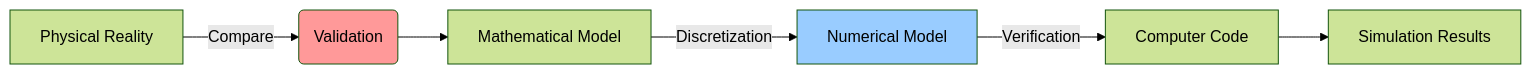
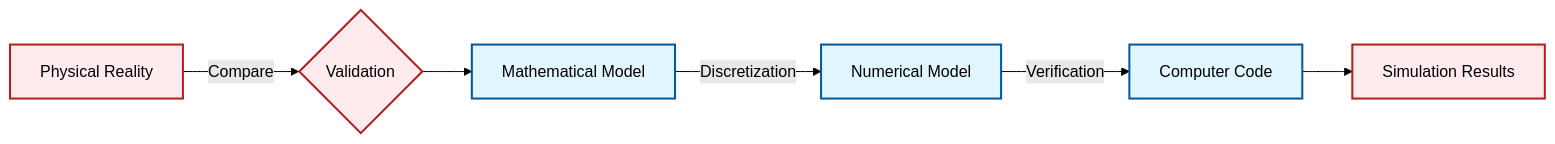
The diagram in MODULE_08_TESTING_VALIDATION/CONTENT/01_VERIFICATION_FUNDAMENTALS/00_Overview.md (wramet/build-my-cfd), drawn with Mermaid (forest theme) before and after one commit. The commit also changed 313 other files, not shown here.

Commit message:
Revise all diagram

````diff
--- a/MODULE_08_TESTING_VALIDATION/CONTENT/01_VERIFICATION_FUNDAMENTALS/00_Overview.md
+++ b/MODULE_08_TESTING_VALIDATION/CONTENT/01_VERIFICATION_FUNDAMENTALS/00_Overview.md
@@ -29,11 +29,10 @@
 ```mermaid
-graph LR
-    A[Physical Reality] -->|Compare| B(Validation)
-    B --> C[Mathematical Model]
-    C -->|Discretization| D[Numerical Model]
-    D -->|Verification| E[Computer Code]
-    E --> F[Simulation Results]
-
-    style B fill:#ff9999
-    style D fill:#99ccff
+flowchart LR
+classDef implicit fill:#e1f5fe,stroke:#01579b,stroke-width:2px
+classDef explicit fill:#ffebee,stroke:#b71c1c,stroke-width:2px
+A[Physical Reality]:::explicit -->|Compare| B{Validation}:::explicit
+B --> C[Mathematical Model]:::implicit
+C -->|Discretization| D[Numerical Model]:::implicit
+D -->|Verification| E[Computer Code]:::implicit
+E --> F[Simulation Results]:::explicit
 ```
````
